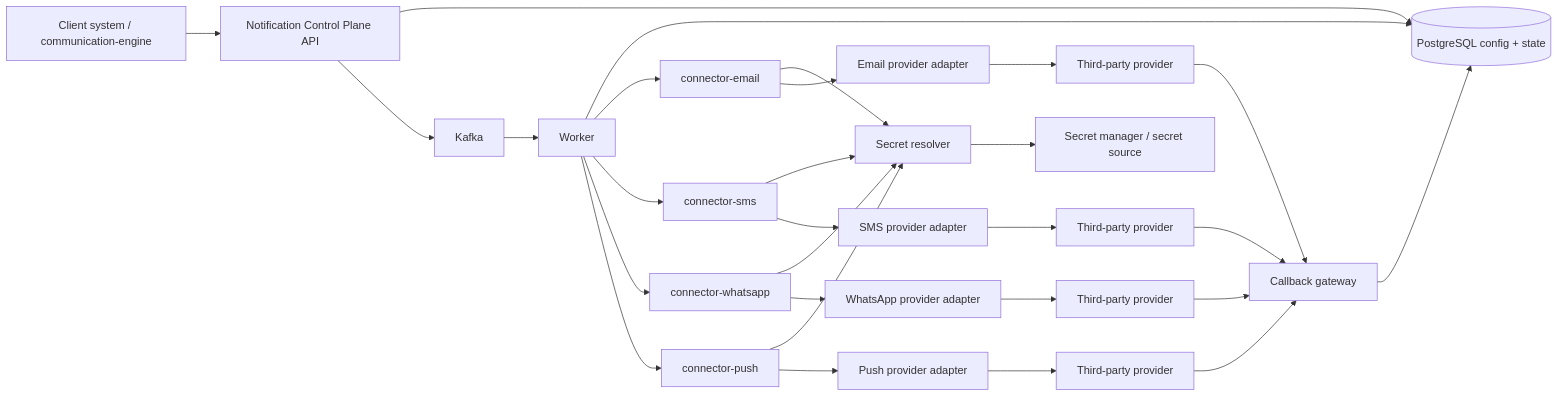
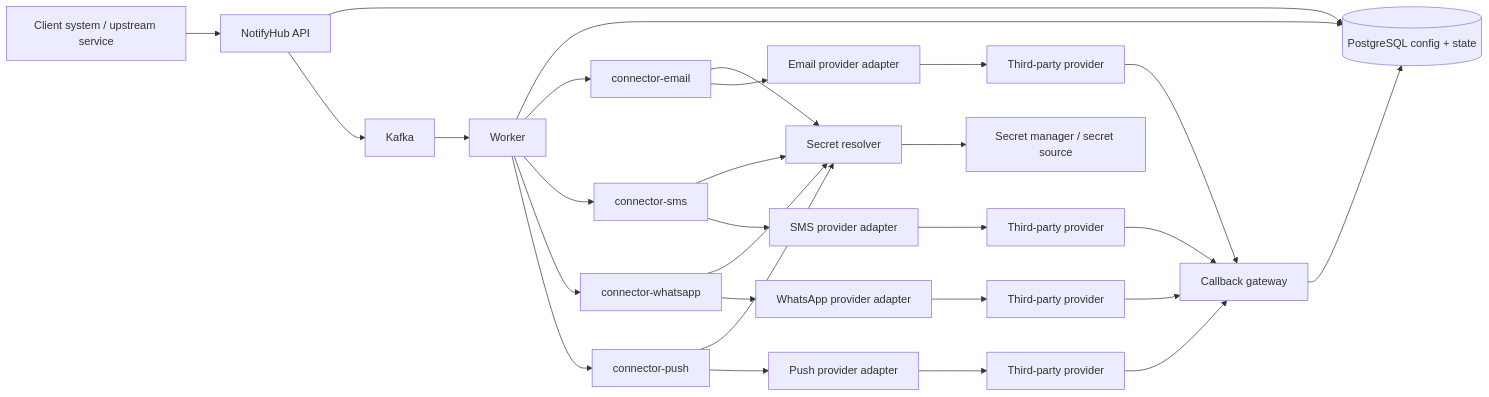
One commit to NotifyHub-in/NotifyHub changed the first of 4 diagrams in docs/architecture/managed-provider-platform.md. Above: the diagram before and after it, drawn with Mermaid. The commit also changed other lines of this file and 109 other files, not shown here.

````diff
--- a/docs/architecture/managed-provider-platform.md
+++ b/docs/architecture/managed-provider-platform.md
@@ -83,43 +83,43 @@
 ```mermaid
 flowchart LR
-    APP["Client system / communication-engine"]
-    API["Notification Control Plane API"]
+    APP["Client system / upstream service"]
+    API["NotifyHub API"]
     CFG[(PostgreSQL config + state)]
     K["Kafka"]
     W["Worker"]
     SR["Secret resolver"]
     SM["Secret manager / secret source"]
     B1["connector-email"]
     B2["connector-sms"]
     B3["connector-whatsapp"]
     B4["connector-push"]
     P1["Email provider adapter"]
     P2["SMS provider adapter"]
     P3["WhatsApp provider adapter"]
     P4["Push provider adapter"]
     EXT1["Third-party provider"]
     EXT2["Third-party provider"]
     EXT3["Third-party provider"]
     EXT4["Third-party provider"]
     CB["Callback gateway"]
 
     APP --> API
     API --> CFG
     API --> K
     K --> W
     W --> CFG
     W --> B1
     W --> B2
     W --> B3
     W --> B4
     B1 --> SR
     B2 --> SR
     B3 --> SR
     B4 --> SR
     SR --> SM
     B1 --> P1 --> EXT1 --> CB
     B2 --> P2 --> EXT2 --> CB
     B3 --> P3 --> EXT3 --> CB
     B4 --> P4 --> EXT4 --> CB
     CB --> CFG
 ```
````
